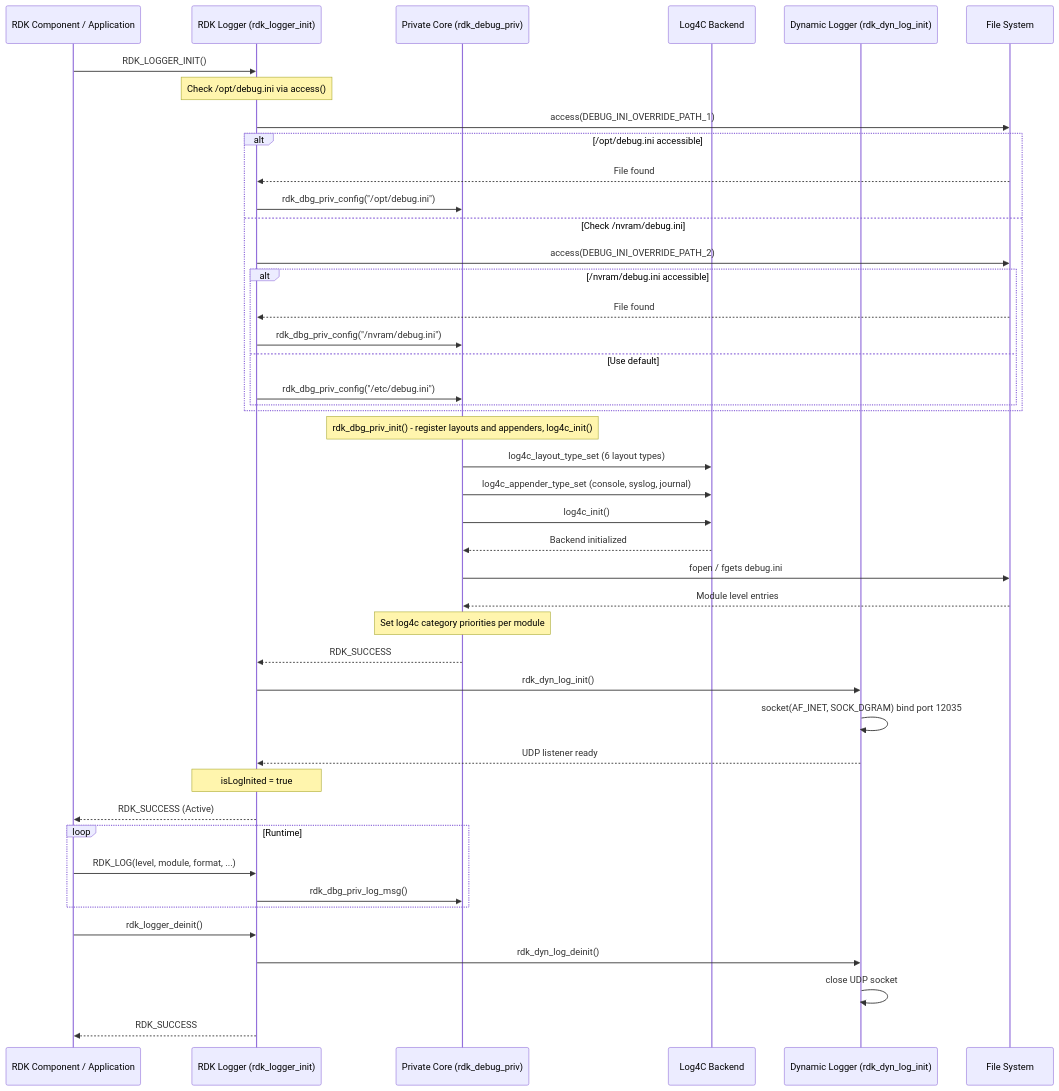
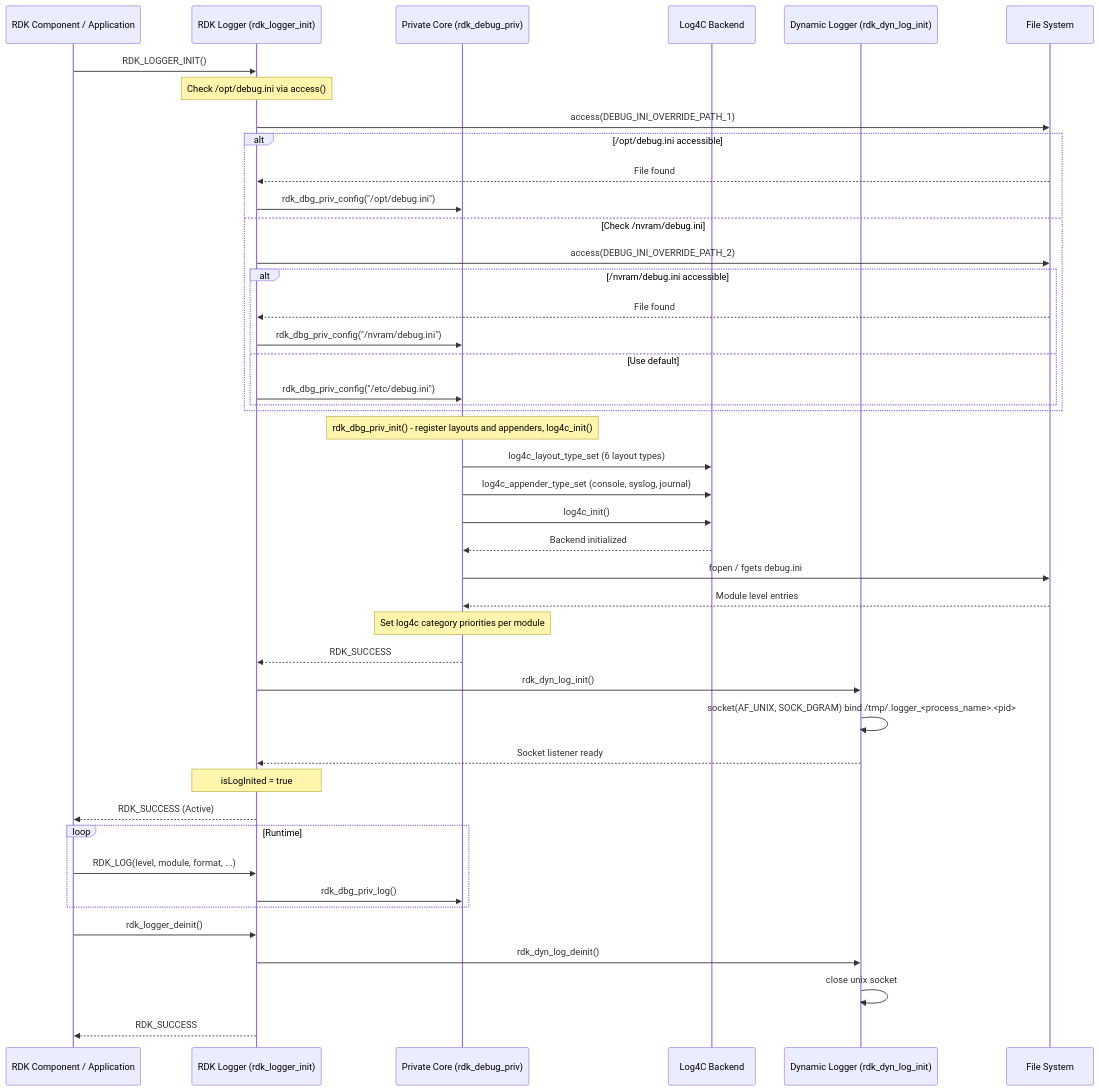
One commit to rdkcentral/rdk_logger changed the third of 8 diagrams in docs/README.md. Above: the diagram before and after it, drawn with Mermaid. The commit also changed other lines of this file and 12 other files, not shown here.

First line of the commit message:
RDKEMW-24390: Mitigate Mythos Findings in RDK Logger (#64)

````diff
--- a/docs/README.md
+++ b/docs/README.md
@@ -137,52 +137,52 @@
 ```mermaid
 sequenceDiagram
     participant App as RDK Component / Application
     participant Logger as RDK Logger (rdk_logger_init)
     participant PrivCore as Private Core (rdk_debug_priv)
     participant Log4C as Log4C Backend
     participant DynLog as Dynamic Logger (rdk_dyn_log_init)
     participant FS as File System
 
     App->>Logger: RDK_LOGGER_INIT()
     Note over Logger: Check /opt/debug.ini via access()
     Logger->>FS: access(DEBUG_INI_OVERRIDE_PATH_1)
     alt /opt/debug.ini accessible
         FS-->>Logger: File found
         Logger->>PrivCore: rdk_dbg_priv_config("/opt/debug.ini")
     else Check /nvram/debug.ini
         Logger->>FS: access(DEBUG_INI_OVERRIDE_PATH_2)
         alt /nvram/debug.ini accessible
             FS-->>Logger: File found
             Logger->>PrivCore: rdk_dbg_priv_config("/nvram/debug.ini")
         else Use default
             Logger->>PrivCore: rdk_dbg_priv_config("/etc/debug.ini")
         end
     end
 
     Note over PrivCore: rdk_dbg_priv_init() - register layouts and appenders, log4c_init()
     PrivCore->>Log4C: log4c_layout_type_set (6 layout types)
     PrivCore->>Log4C: log4c_appender_type_set (console, syslog, journal)
     PrivCore->>Log4C: log4c_init()
     Log4C-->>PrivCore: Backend initialized
     PrivCore->>FS: fopen / fgets debug.ini
     FS-->>PrivCore: Module level entries
     Note over PrivCore: Set log4c category priorities per module
     PrivCore-->>Logger: RDK_SUCCESS
 
     Logger->>DynLog: rdk_dyn_log_init()
-    DynLog->>DynLog: socket(AF_INET, SOCK_DGRAM) bind port 12035
-    DynLog-->>Logger: UDP listener ready
+    DynLog->>DynLog: socket(AF_UNIX, SOCK_DGRAM) bind /tmp/.logger_<process_name>.<pid>
+    DynLog-->>Logger: Socket listener ready
 
     Note over Logger: isLogInited = true
     Logger-->>App: RDK_SUCCESS (Active)
 
     loop Runtime
         App->>Logger: RDK_LOG(level, module, format, ...)
-        Logger->>PrivCore: rdk_dbg_priv_log_msg()
+        Logger->>PrivCore: rdk_dbg_priv_log()
     end
 
     App->>Logger: rdk_logger_deinit()
     Logger->>DynLog: rdk_dyn_log_deinit()
-    DynLog->>DynLog: close UDP socket
+    DynLog->>DynLog: close unix socket
     Logger-->>App: RDK_SUCCESS
 ```
````
